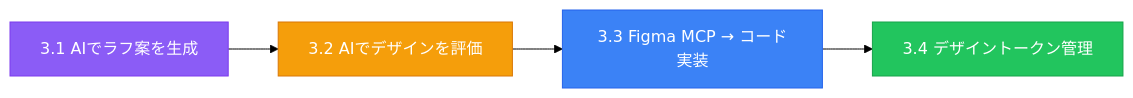
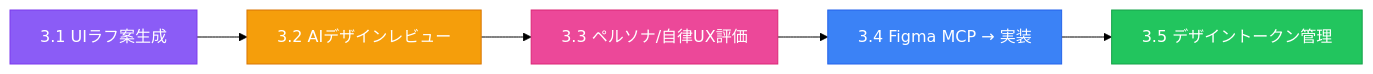
The eighth of 21 diagrams in AI駆動開発.md (takuma39/ai), drawn with Mermaid (forest theme) before and after one commit. The commit also changed other lines of this file, not shown here.

````diff
--- a/AI駆動開発.md
+++ b/AI駆動開発.md
@@ -714,11 +747,13 @@
 ```mermaid
 flowchart LR
-    A["3.1 AIでラフ案を生成"] --> B["3.2 AIでデザインを評価"]
-    B --> C["3.3 Figma MCP → コード実装"]
-    C --> D["3.4 デザイントークン管理"]
+    A["3.1 UIラフ案生成"] --> B["3.2 AIデザインレビュー"]
+    B --> C["3.3 ペルソナ/自律UX評価"]
+    C --> D["3.4 Figma MCP → 実装"]
+    D --> E["3.5 デザイントークン管理"]
     
     style A fill:#8b5cf6,stroke:#7c3aed,color:#fff
     style B fill:#f59e0b,stroke:#d97706,color:#fff
-    style C fill:#3b82f6,stroke:#2563eb,color:#fff
-    style D fill:#22c55e,stroke:#16a34a,color:#fff
+    style C fill:#ec4899,stroke:#db2777,color:#fff
+    style D fill:#3b82f6,stroke:#2563eb,color:#fff
+    style E fill:#22c55e,stroke:#16a34a,color:#fff
 ```
````
